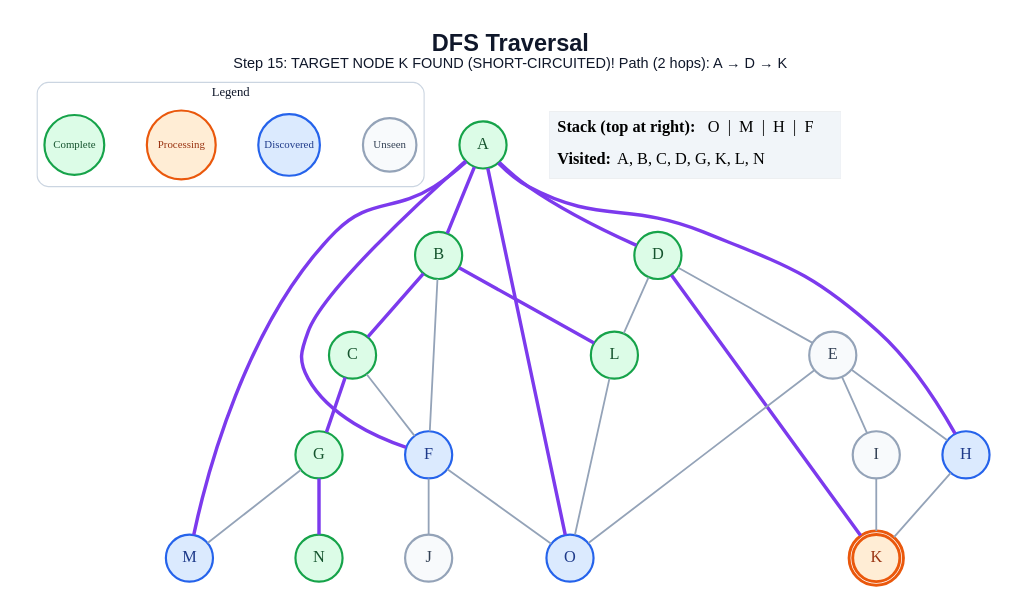
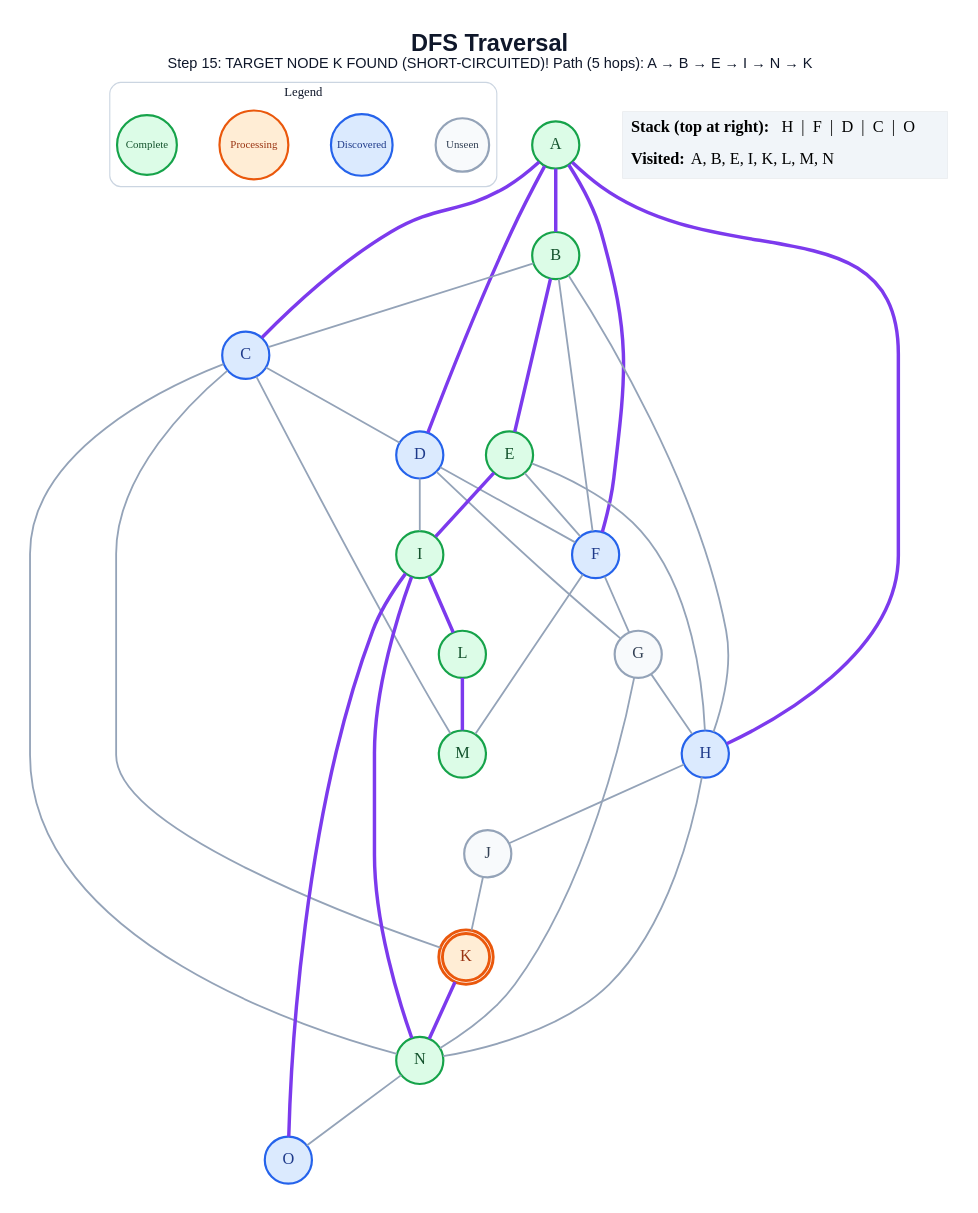
One commit to anon7238593-create/ai-slop changed the diagram in generated/short-circuit/dfs/step_15.dot. Above: the diagram before and after it, drawn with Graphviz. The commit also changed 249 other files, not shown here.

```diff
--- a/generated/short-circuit/dfs/step_15.dot
+++ b/generated/short-circuit/dfs/step_15.dot
@@ -1,58 +1,66 @@
 graph traversal {
   graph [layout=dot, rankdir=TB, bgcolor="#FFFFFF", pad="0.35", nodesep="0.65", ranksep="0.8", fontname="Arial"];
   node [shape=circle, style="filled", fontname="Arial Bold", fontsize=18, width=0.72, fixedsize=true, penwidth=2.4];
   edge [color="#94A3B8", penwidth=2.0];
-  label=<<B>DFS Traversal</B><BR/><FONT POINT-SIZE="16">Step 15: TARGET NODE K FOUND (SHORT-CIRCUITED)! Path (2 hops): A → D → K</FONT>>; labelloc="t"; fontsize=26; fontname="Arial"; fontcolor="#0F172A";
+  label=<<B>DFS Traversal</B><BR/><FONT POINT-SIZE="16">Step 15: TARGET NODE K FOUND (SHORT-CIRCUITED)! Path (5 hops): A → B → E → I → N → K</FONT>>; labelloc="t"; fontsize=26; fontname="Arial"; fontcolor="#0F172A";
   subgraph cluster_legend { label="Legend"; color="#CBD5E1"; penwidth=1.2; style="rounded"; fontsize=14; fontname="Arial Bold";
     key_unseen [label="Unseen", fillcolor="#F8FAFC", color="#94A3B8", fontcolor="#334155", fontsize=12, width=0.82];
     key_frontier [label="Discovered", fillcolor="#DBEAFE", color="#2563EB", fontcolor="#1E3A8A", fontsize=12, width=0.95];
     key_current [label="Processing", fillcolor="#FFEDD5", color="#EA580C", fontcolor="#9A3412", fontsize=12, width=1.05];
     key_done [label="Complete", fillcolor="#DCFCE7", color="#16A34A", fontcolor="#14532D", fontsize=12, width=0.92];
     { rank=same; key_unseen; key_frontier; key_current; key_done; }
   }
   A [label="A", fillcolor="#DCFCE7", color="#16A34A", fontcolor="#14532D", peripheries=1, penwidth=2.4];
   B [label="B", fillcolor="#DCFCE7", color="#16A34A", fontcolor="#14532D", peripheries=1, penwidth=2.4];
-  C [label="C", fillcolor="#DCFCE7", color="#16A34A", fontcolor="#14532D", peripheries=1, penwidth=2.4];
-  D [label="D", fillcolor="#DCFCE7", color="#16A34A", fontcolor="#14532D", peripheries=1, penwidth=2.4];
-  E [label="E", fillcolor="#F8FAFC", color="#94A3B8", fontcolor="#334155", peripheries=1, penwidth=2.4];
+  C [label="C", fillcolor="#DBEAFE", color="#2563EB", fontcolor="#1E3A8A", peripheries=1, penwidth=2.4];
+  D [label="D", fillcolor="#DBEAFE", color="#2563EB", fontcolor="#1E3A8A", peripheries=1, penwidth=2.4];
+  E [label="E", fillcolor="#DCFCE7", color="#16A34A", fontcolor="#14532D", peripheries=1, penwidth=2.4];
   F [label="F", fillcolor="#DBEAFE", color="#2563EB", fontcolor="#1E3A8A", peripheries=1, penwidth=2.4];
-  G [label="G", fillcolor="#DCFCE7", color="#16A34A", fontcolor="#14532D", peripheries=1, penwidth=2.4];
+  G [label="G", fillcolor="#F8FAFC", color="#94A3B8", fontcolor="#334155", peripheries=1, penwidth=2.4];
   H [label="H", fillcolor="#DBEAFE", color="#2563EB", fontcolor="#1E3A8A", peripheries=1, penwidth=2.4];
-  I [label="I", fillcolor="#F8FAFC", color="#94A3B8", fontcolor="#334155", peripheries=1, penwidth=2.4];
+  I [label="I", fillcolor="#DCFCE7", color="#16A34A", fontcolor="#14532D", peripheries=1, penwidth=2.4];
   J [label="J", fillcolor="#F8FAFC", color="#94A3B8", fontcolor="#334155", peripheries=1, penwidth=2.4];
   K [label="K", fillcolor="#FFEDD5", color="#EA580C", fontcolor="#9A3412", peripheries=2, penwidth=3.2];
   L [label="L", fillcolor="#DCFCE7", color="#16A34A", fontcolor="#14532D", peripheries=1, penwidth=2.4];
-  M [label="M", fillcolor="#DBEAFE", color="#2563EB", fontcolor="#1E3A8A", peripheries=1, penwidth=2.4];
+  M [label="M", fillcolor="#DCFCE7", color="#16A34A", fontcolor="#14532D", peripheries=1, penwidth=2.4];
   N [label="N", fillcolor="#DCFCE7", color="#16A34A", fontcolor="#14532D", peripheries=1, penwidth=2.4];
   O [label="O", fillcolor="#DBEAFE", color="#2563EB", fontcolor="#1E3A8A", peripheries=1, penwidth=2.4];
   A -- B [color="#7C3AED", penwidth=3.8];
+  A -- C [color="#7C3AED", penwidth=3.8];
   A -- D [color="#7C3AED", penwidth=3.8];
   A -- F [color="#7C3AED", penwidth=3.8];
   A -- H [color="#7C3AED", penwidth=3.8];
-  A -- M [color="#7C3AED", penwidth=3.8];
-  A -- O [color="#7C3AED", penwidth=3.8];
-  B -- C [color="#7C3AED", penwidth=3.8];
+  B -- C;
+  B -- E [color="#7C3AED", penwidth=3.8];
   B -- F;
-  B -- L [color="#7C3AED", penwidth=3.8];
-  C -- F;
-  C -- G [color="#7C3AED", penwidth=3.8];
-  D -- E;
-  D -- K [color="#7C3AED", penwidth=3.8];
-  D -- L;
+  B -- H;
+  C -- D;
+  C -- K;
+  C -- M;
+  C -- N;
+  D -- F;
+  D -- G;
+  D -- I;
+  E -- F;
   E -- H;
-  E -- I;
-  E -- O;
-  F -- J;
-  F -- O;
-  G -- M;
-  G -- N [color="#7C3AED", penwidth=3.8];
-  H -- K;
-  I -- K;
-  L -- O;
+  E -- I [color="#7C3AED", penwidth=3.8];
+  F -- G;
+  F -- M;
+  G -- H;
+  G -- N;
+  H -- J;
+  H -- N;
+  I -- L [color="#7C3AED", penwidth=3.8];
+  I -- N [color="#7C3AED", penwidth=3.8];
+  I -- O [color="#7C3AED", penwidth=3.8];
+  J -- K;
+  K -- N [color="#7C3AED", penwidth=3.8];
+  L -- M [color="#7C3AED", penwidth=3.8];
+  N -- O;
   status [shape=plain, fixedsize=false, width=0, height=0, margin=0, label=<
     <TABLE BORDER="0" CELLBORDER="0" CELLPADDING="7" BGCOLOR="#F1F5F9">
-      <TR><TD ALIGN="LEFT"><B>Stack (top at right):</B> O  |  M  |  H  |  F</TD></TR>
-      <TR><TD ALIGN="LEFT"><B>Visited:</B> A, B, C, D, G, K, L, N</TD></TR>
+      <TR><TD ALIGN="LEFT"><B>Stack (top at right):</B> H  |  F  |  D  |  C  |  O</TD></TR>
+      <TR><TD ALIGN="LEFT"><B>Visited:</B> A, B, E, I, K, L, M, N</TD></TR>
     </TABLE>
   >];
 }
```
